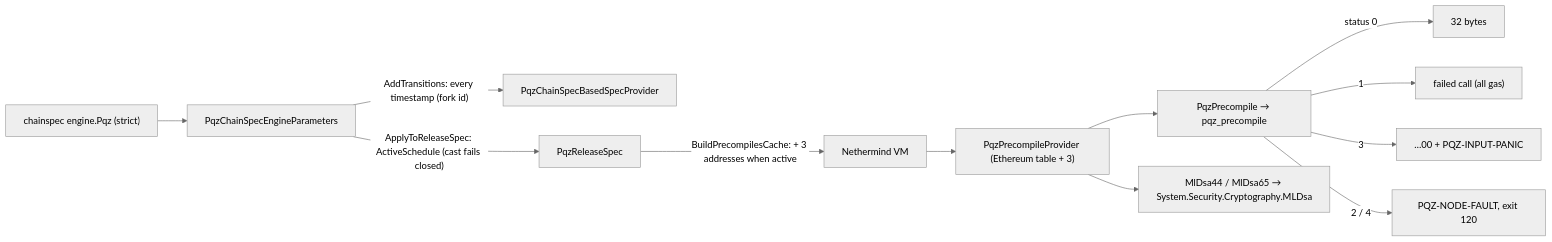
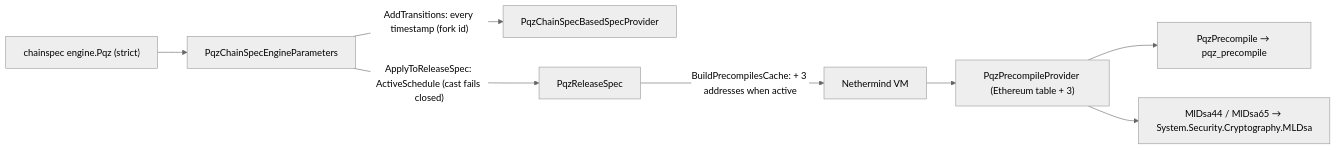
The second of 2 diagrams in pqz-core/nethermind/README.md (dinhduongha/scaas), drawn with Mermaid (neutral theme) before and after one commit. The commit also changed other lines of this file and 7 other files, not shown here.

Commit message:
pqz-core nethermind / RUNBOOK / params / sz / research docs: plain intros and glossaries, call-path and roll-out diagrams, numbered runbook steps with success and rollback, stale status and paths fixed (owner 2026-10-18)

````diff
--- a/pqz-core/nethermind/README.md
+++ b/pqz-core/nethermind/README.md
@@ -13,14 +72,10 @@
 ```mermaid
 flowchart LR
   CS["chainspec engine.Pqz (strict)"] --> P["PqzChainSpecEngineParameters"]
   P -->|"AddTransitions: every timestamp (fork id)"| SP["PqzChainSpecBasedSpecProvider"]
   P -->|"ApplyToReleaseSpec: ActiveSchedule (cast fails closed)"| RS["PqzReleaseSpec"]
   RS -->|"BuildPrecompilesCache: + 3 addresses when active"| VM["Nethermind VM"]
   VM --> PP["PqzPrecompileProvider (Ethereum table + 3)"]
   PP --> PQ["PqzPrecompile → pqz_precompile"]
   PP --> ML["MlDsa44 / MlDsa65 → System.Security.Cryptography.MLDsa"]
-  PQ -->|"status 0"| O["32 bytes"]
-  PQ -->|"1"| F["failed call (all gas)"]
-  PQ -->|"3"| W["…00 + PQZ-INPUT-PANIC"]
-  PQ -->|"2 / 4"| X["PQZ-NODE-FAULT, exit 120"]
 ```
````
